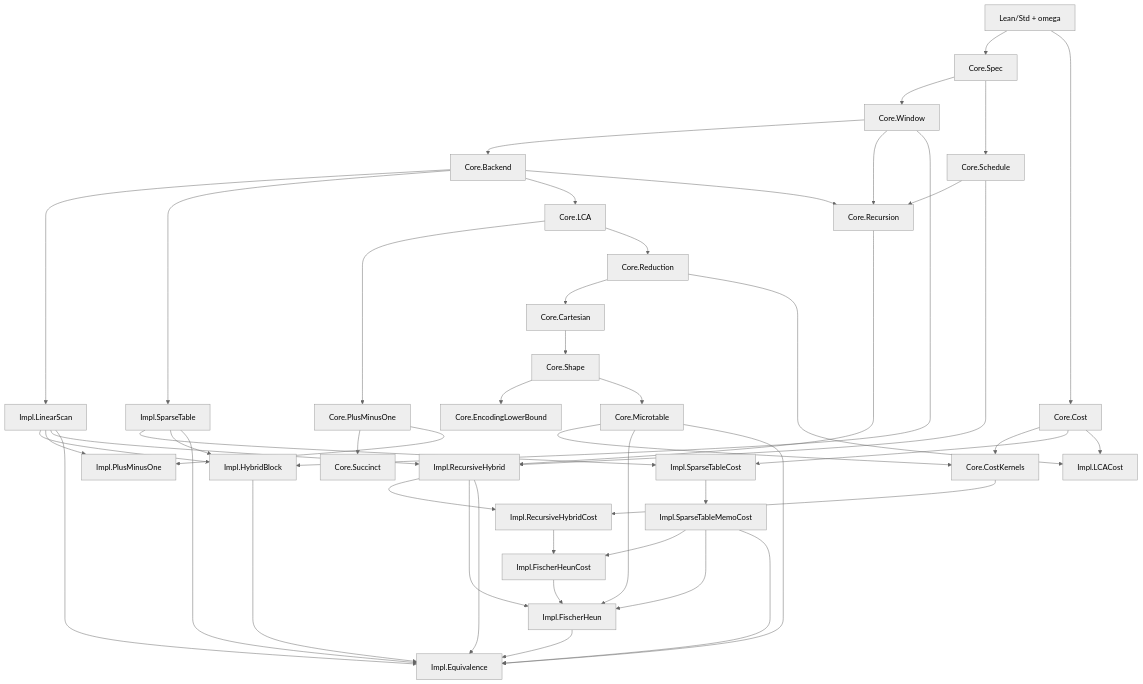
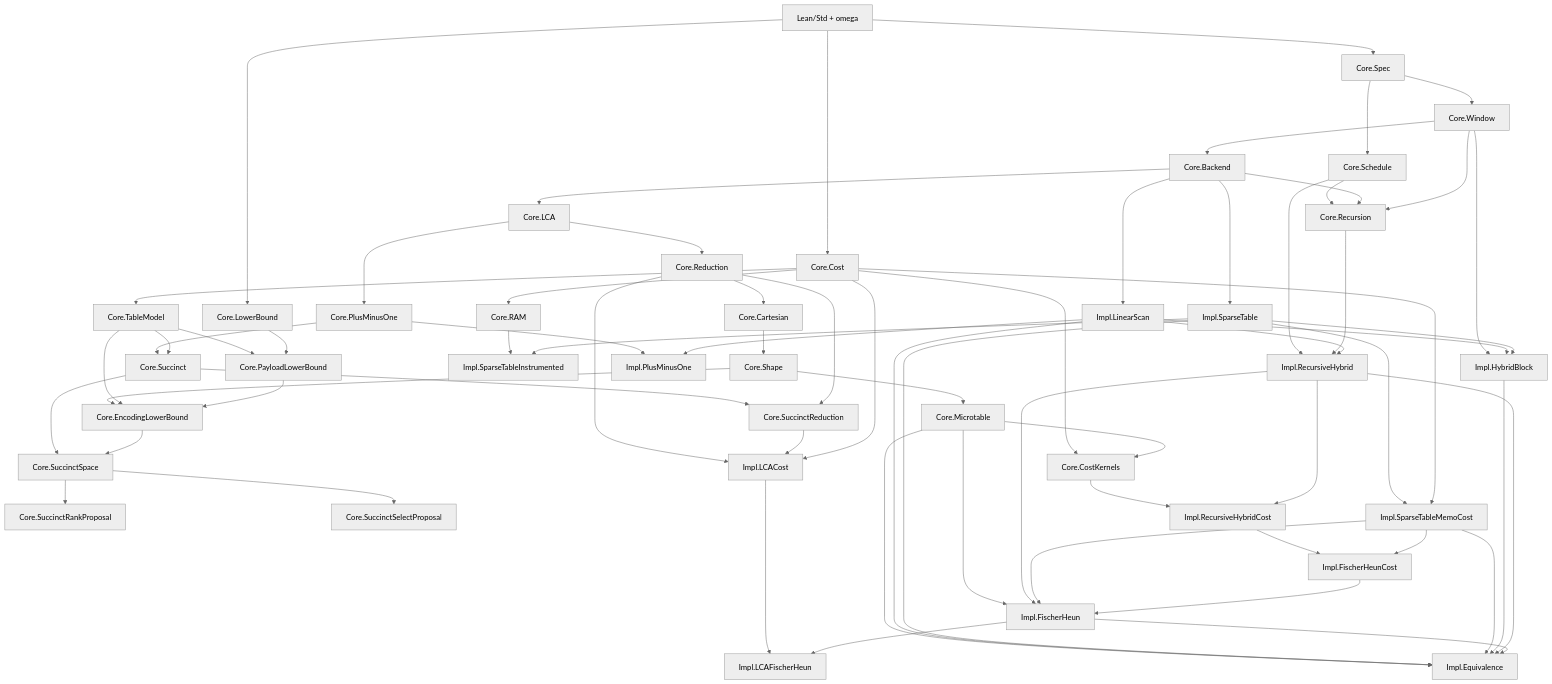
The diagram in docs/FAMILY_SUMMARY.md (patternscientist/rmq), drawn with Mermaid (neutral theme) before and after one commit. The commit also changed other lines of this file and 47 other files, not shown here.

Commit message:
Advance RMQ succinct and cost proof layers

```diff
--- a/docs/FAMILY_SUMMARY.md
+++ b/docs/FAMILY_SUMMARY.md
@@ -43,6 +88,11 @@
 
   Std --> Spec["Core.Spec"]
   Std --> Cost["Core.Cost"]
+  Cost --> RAM["Core.RAM"]
+  Cost --> TableModel["Core.TableModel"]
+  Std --> LowerBoundHub["Core.LowerBound"]
+  TableModel --> PayloadLowerBound["Core.PayloadLowerBound"]
+  LowerBoundHub["Core.LowerBound"] --> PayloadLowerBound
 
   Spec --> Window["Core.Window"]
   Window --> Backend["Core.Backend"]
@@ -53,22 +103,32 @@
   Backend --> LCA["Core.LCA"]
   LCA --> PlusMinusOneCore["Core.PlusMinusOne"]
   PlusMinusOneCore --> Succinct["Core.Succinct"]
+  Succinct --> SuccinctSpace["Core.SuccinctSpace"]
+  SuccinctSpace --> SuccinctRankProposal["Core.SuccinctRankProposal"]
+  SuccinctSpace --> SuccinctSelectProposal["Core.SuccinctSelectProposal"]
+  EncodingLowerBound --> SuccinctSpace
   LCA --> Reduction["Core.Reduction"]
+  Succinct --> SuccinctReduction["Core.SuccinctReduction"]
+  Reduction --> SuccinctReduction
   Reduction --> Cartesian["Core.Cartesian"]
   Cartesian --> Shape["Core.Shape"]
   Shape --> EncodingLowerBound["Core.EncodingLowerBound"]
+  TableModel --> EncodingLowerBound
+  PayloadLowerBound --> EncodingLowerBound
   Shape --> Microtable["Core.Microtable"]
 
   Cost --> CostKernels["Core.CostKernels"]
   Microtable --> CostKernels
+  TableModel --> Succinct
 
   Schedule --> Recursion["Core.Recursion"]
   Backend --> Recursion
   Window --> Recursion
 
-  SparseTable --> SparseTableCost["Impl.SparseTableCost"]
-  Cost --> SparseTableCost
-  SparseTableCost --> SparseTableMemoCost["Impl.SparseTableMemoCost"]
+  RAM --> SparseTableInstrumented["Impl.SparseTableInstrumented"]
+  SparseTable --> SparseTableInstrumented
+  SparseTable --> SparseTableMemoCost["Impl.SparseTableMemoCost"]
+  Cost --> SparseTableMemoCost
 
   Window --> HybridBlock["Impl.HybridBlock"]
   LinearScan --> HybridBlock
@@ -87,12 +147,15 @@
   RecursiveHybridCost --> FischerHeunCost["Impl.FischerHeunCost"]
   SparseTableMemoCost --> FischerHeunCost
   Reduction --> LCACost["Impl.LCACost"]
+  SuccinctReduction --> LCACost
   Cost --> LCACost
+  LCACost --> LCAFischerHeun["Impl.LCAFischerHeun"]
 
   Microtable --> FischerHeun["Impl.FischerHeun"]
   RecursiveHybrid --> FischerHeun
   SparseTableMemoCost --> FischerHeun
   FischerHeunCost --> FischerHeun
+  FischerHeun --> LCAFischerHeun
 
   Microtable --> Equivalence["Impl.Equivalence"]
   LinearScan --> Equivalence
```
